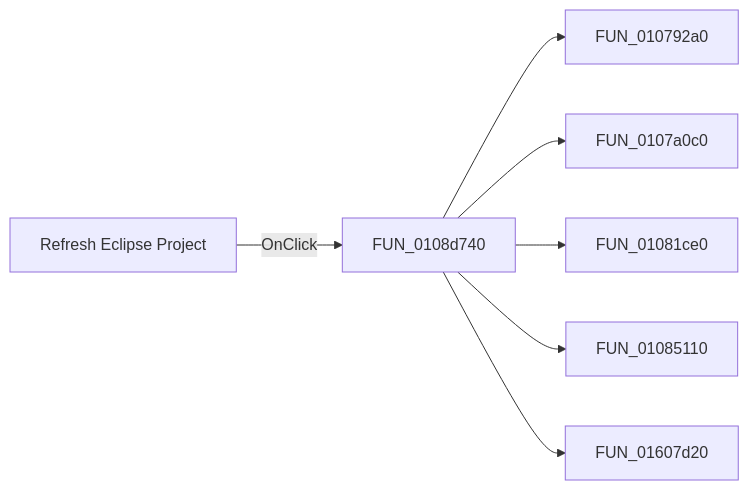
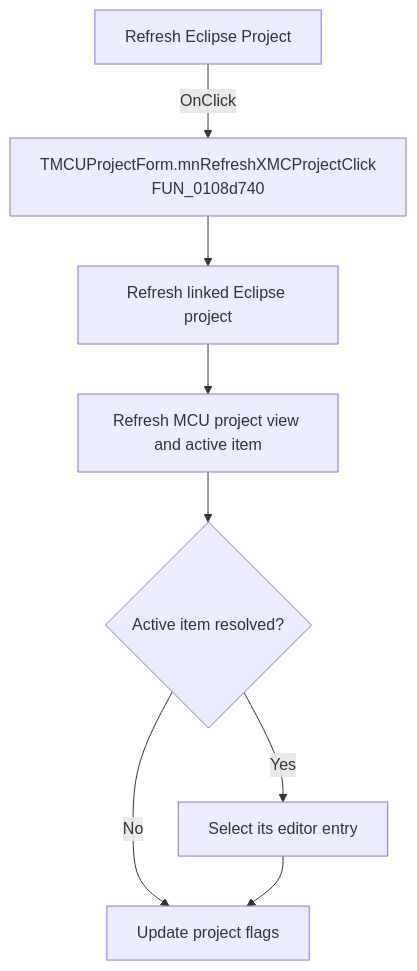
One commit to MovGP0/TIARA changed the diagram in docs/ui-controls/mcuprojectform/mnrefreshxmcproject-ad5dec4eea.md. Above: the diagram before and after it, drawn with Mermaid. The commit also changed other lines of this file and 1062 other files, not shown here.

````diff
--- a/docs/ui-controls/mcuprojectform/mnrefreshxmcproject-ad5dec4eea.md
+++ b/docs/ui-controls/mcuprojectform/mnrefreshxmcproject-ad5dec4eea.md
@@ -27,9 +27,10 @@
 ```mermaid
-flowchart LR
-    control["Refresh Eclipse Project"] -->|OnClick| handler["FUN_0108d740"]
-    handler --> call1["FUN_010792a0"]
-    handler --> call2["FUN_0107a0c0"]
-    handler --> call3["FUN_01081ce0"]
-    handler --> call4["FUN_01085110"]
-    handler --> call5["FUN_01607d20"]
+flowchart TD
+    control["Refresh Eclipse Project"] -->|OnClick| handler["TMCUProjectForm.mnRefreshXMCProjectClick<br/>FUN_0108d740"]
+    handler --> refresh["Refresh linked Eclipse project"]
+    refresh --> rebuild["Refresh MCU project view and active item"]
+    rebuild --> item{"Active item resolved?"}
+    item -->|Yes| select["Select its editor entry"]
+    item -->|No| flags["Update project flags"]
+    select --> flags
 ```
````
